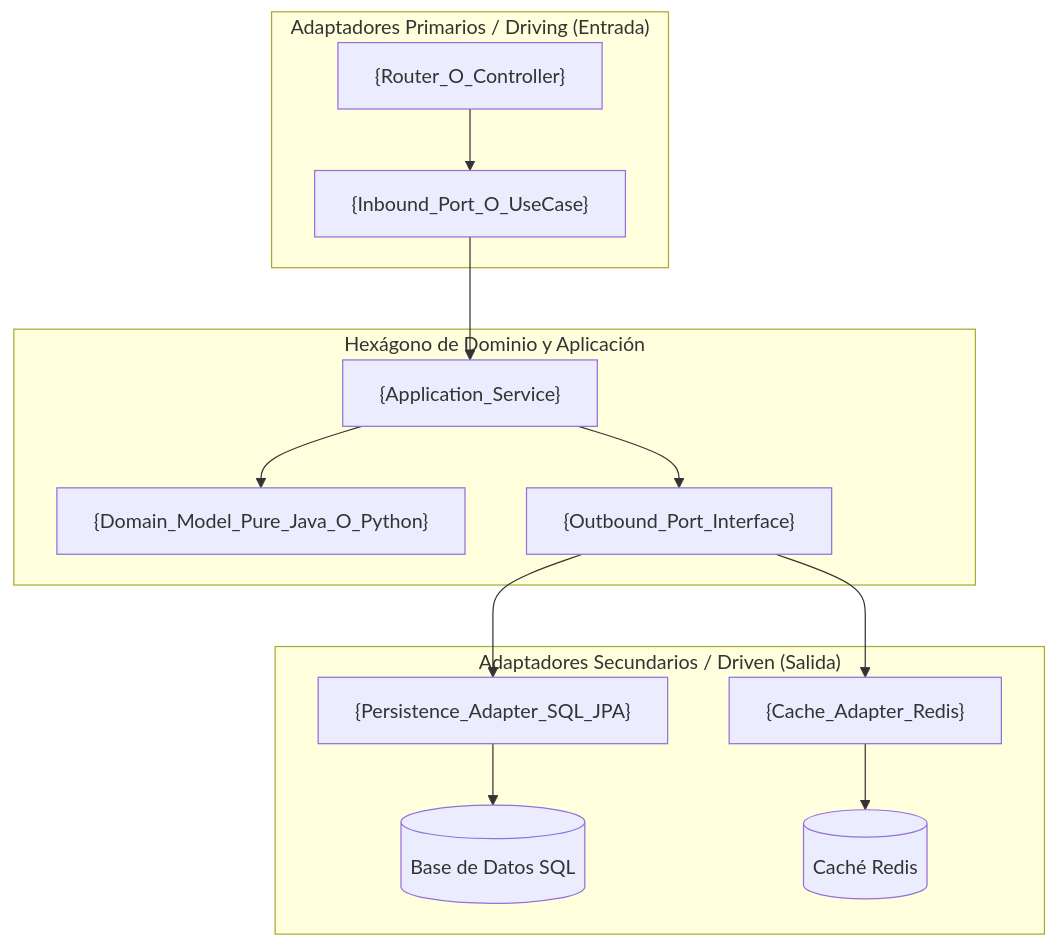
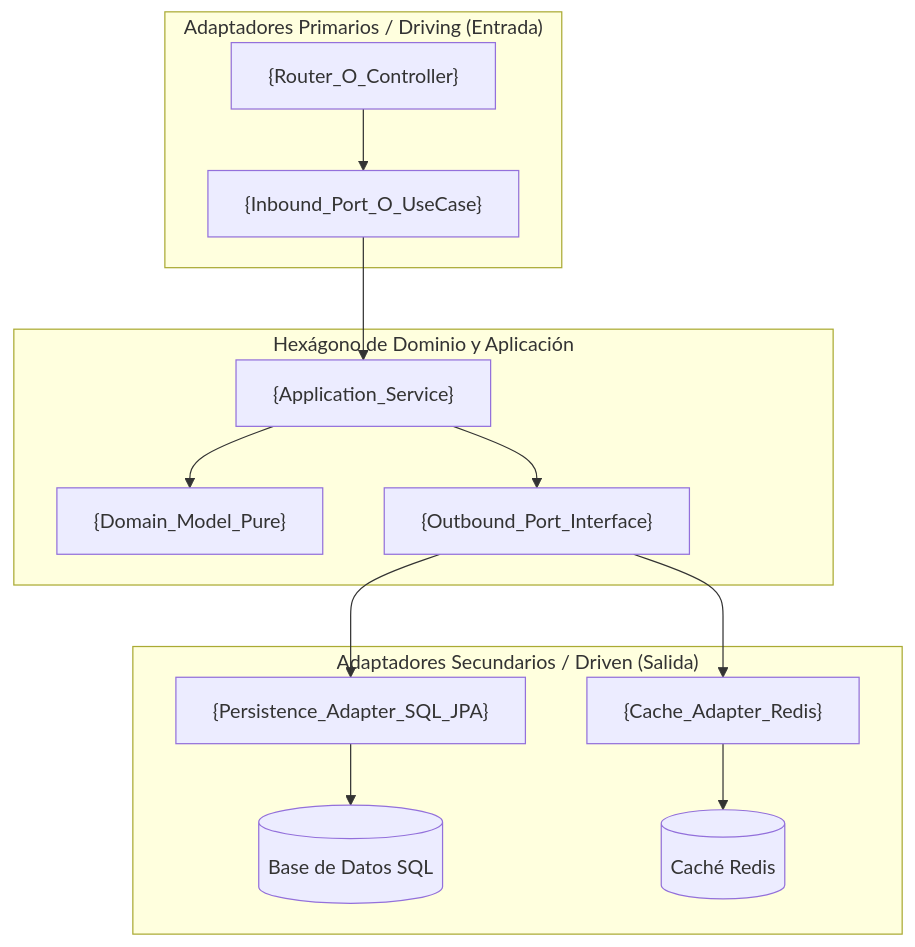
One commit to statico-statico/test_skill_to_auto_sdlc2 changed the second of 3 diagrams in .github/skills/sdlc-automation/templates/diseño.md. Above: the diagram before and after it, drawn with Mermaid. The commit also changed other lines of this file and 2 other files, not shown here.

Commit message:
docs: clarify hexagonal heuristic for python (do not force on crud)

````diff
--- a/.github/skills/sdlc-automation/templates/diseño.md
+++ b/.github/skills/sdlc-automation/templates/diseño.md
@@ -24,19 +46,19 @@
 ```mermaid
 graph TD
     subgraph "Adaptadores Primarios / Driving (Entrada)"
         A["{Router_O_Controller}"] --> B["{Inbound_Port_O_UseCase}"]
     end
 
     subgraph "Hexágono de Dominio y Aplicación"
         B --> C["{Application_Service}"]
-        C --> D["{Domain_Model_Pure_Java_O_Python}"]
+        C --> D["{Domain_Model_Pure}"]
         C --> E["{Outbound_Port_Interface}"]
     end
 
     subgraph "Adaptadores Secundarios / Driven (Salida)"
         E --> F["{Persistence_Adapter_SQL_JPA}"]
         E --> G["{Cache_Adapter_Redis}"]
         F --> H[("Base de Datos SQL")]
         G --> I[("Caché Redis")]
     end
 ```
````
